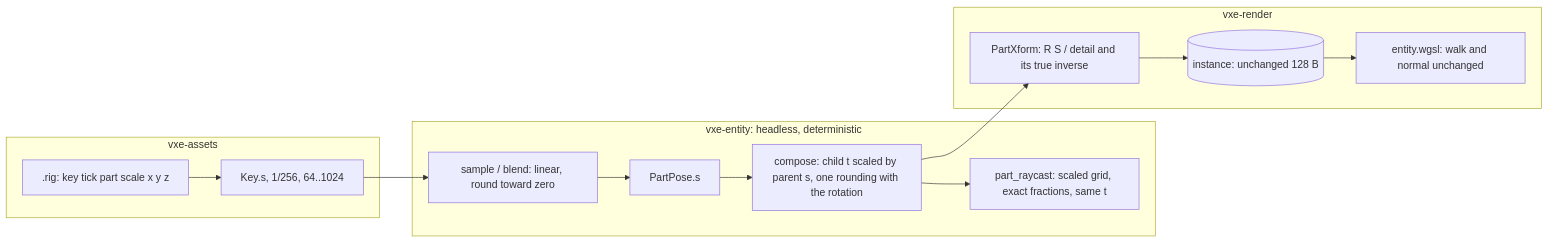
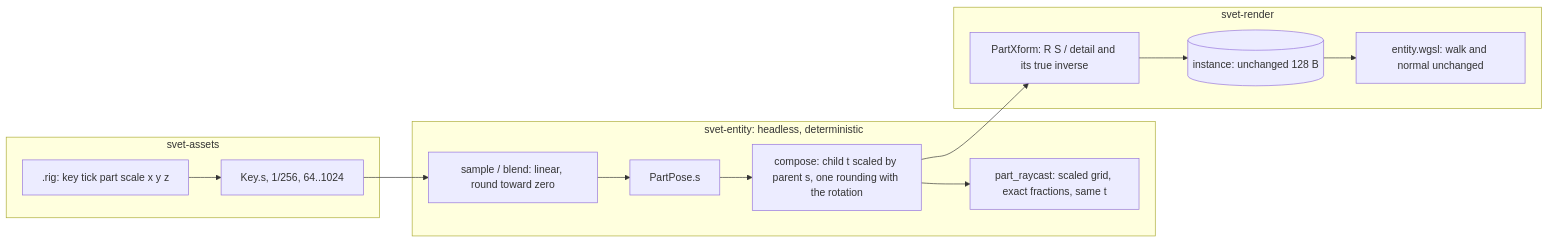
One commit to IgorKonovalov/voxel-engine changed the diagram in docs/plans/0082-squash-and-stretch-a-scale-per-part-in-the-pose-and-the-clips.md. Above: the diagram before and after it, drawn with Mermaid. The commit also changed other lines of this file and 53 other files, not shown here.

````diff
--- a/docs/plans/0082-squash-and-stretch-a-scale-per-part-in-the-pose-and-the-clips.md
+++ b/docs/plans/0082-squash-and-stretch-a-scale-per-part-in-the-pose-and-the-clips.md
@@ -86,17 +86,17 @@
 ```mermaid
 flowchart LR
-    subgraph vxe-assets
+    subgraph svet-assets
         R[.rig: key tick part scale x y z] --> K[Key.s, 1/256, 64..1024]
     end
-    subgraph vxe-entity [vxe-entity: headless, deterministic]
+    subgraph svet-entity [svet-entity: headless, deterministic]
         K --> S[sample / blend: linear, round toward zero]
         S --> P[PartPose.s]
         P --> C[compose: child t scaled by parent s, one rounding with the rotation]
         C --> Q[part_raycast: scaled grid, exact fractions, same t]
     end
-    subgraph vxe-render
+    subgraph svet-render
         C --> X[PartXform: R S / detail and its true inverse]
         X --> I[(instance: unchanged 128 B)]
         I --> W[entity.wgsl: walk and normal unchanged]
     end
 ```
````
